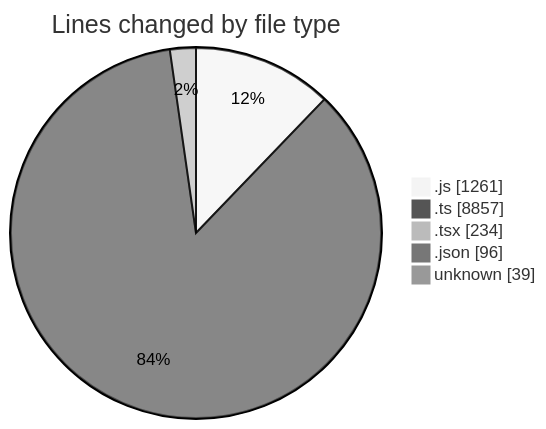
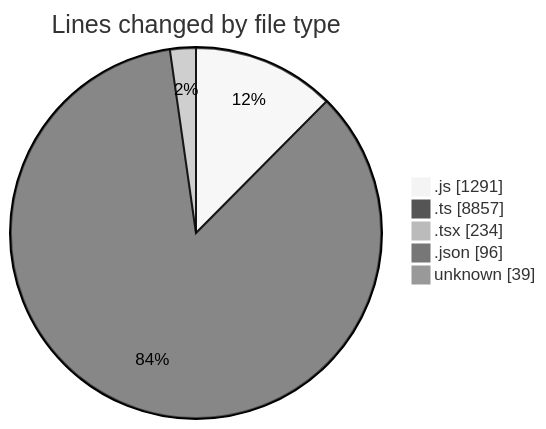
Before and after one commit to momahboobian/code-tracking: the first of 2 diagrams in 2025-05-14/cda/README.md, drawn with Mermaid (neutral theme). The commit also changed other lines of this file and 1 other file, not shown here.

````diff
--- a/2025-05-14/cda/README.md
+++ b/2025-05-14/cda/README.md
@@ -30,9 +30,9 @@
 ```mermaid
 pie showData
 title Lines changed by file type
-".js" : 1261
+".js" : 1291
 ".ts" : 8857
 ".tsx" : 234
 ".json" : 96
 "unknown" : 39
 ```
````
